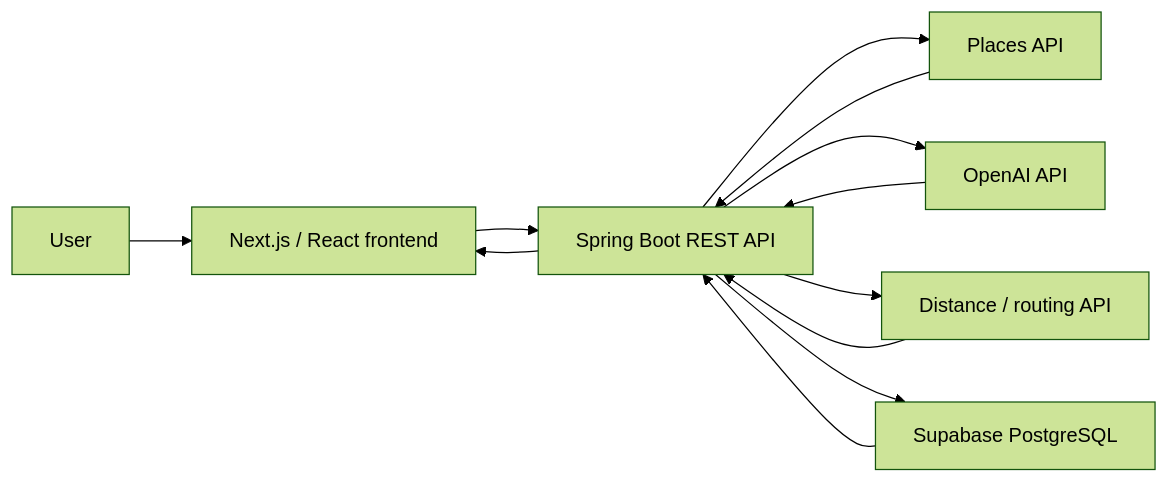
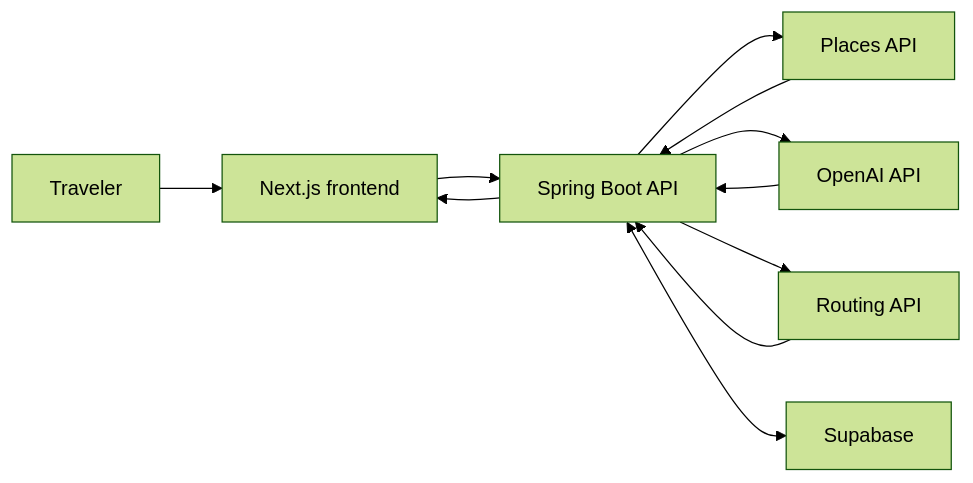
Before and after one commit to DEVELOPING100/SideQuest: the diagram in README.md, drawn with Mermaid (forest theme). The commit also changed other lines of this file, not shown here.

````diff
--- a/README.md
+++ b/README.md
@@ -39,14 +45,13 @@
 ```mermaid
 flowchart LR
-    User["User"] --> Web["Next.js / React frontend"]
-    Web --> API["Spring Boot REST API"]
+    User["Traveler"] --> Web["Next.js frontend"]
+    Web --> API["Spring Boot API"]
     API --> Places["Places API"]
     API --> AI["OpenAI API"]
-    API --> Distance["Distance / routing API"]
-    API --> DB["Supabase PostgreSQL"]
+    API --> Route["Routing API"]
+    API <--> DB["Supabase"]
     Places --> API
     AI --> API
-    Distance --> API
-    DB --> API
+    Route --> API
     API --> Web
 ```
````
